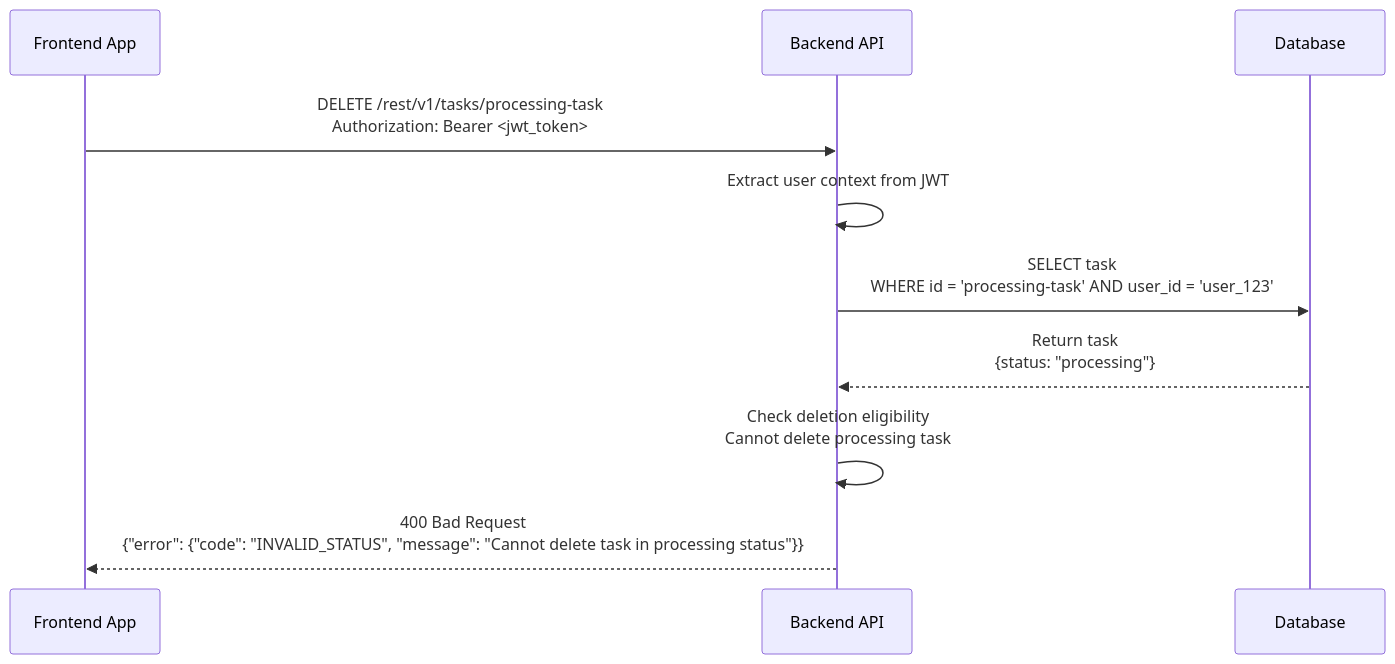
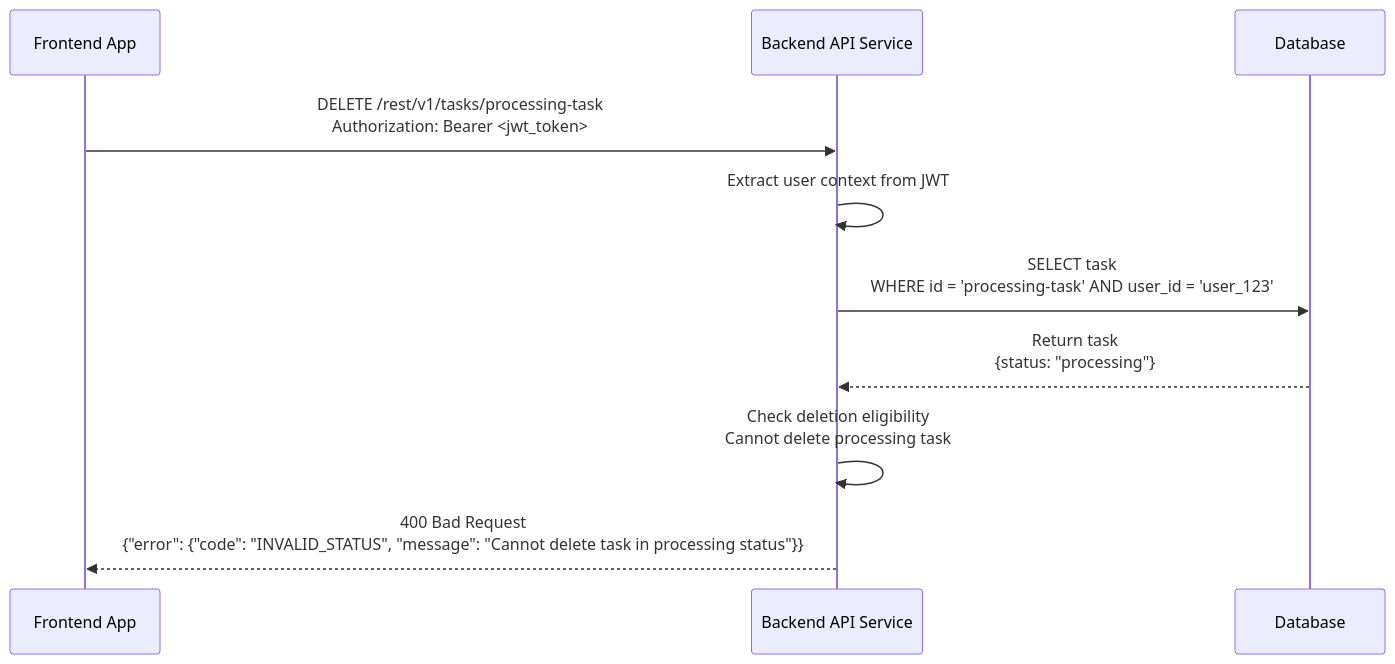
Before and after one commit to andrewhzy/cursor-learn: the tenth of 10 diagrams in docs/sequence-diagrams-api-handling.md, drawn with Mermaid. The commit also changed other lines of this file and 5 other files, not shown here.

````diff
--- a/docs/sequence-diagrams-api-handling.md
+++ b/docs/sequence-diagrams-api-handling.md
@@ -223,15 +223,15 @@
 ```mermaid
 sequenceDiagram
     participant FE as Frontend App
-    participant API as Backend API
+    participant API as Backend API Service
     participant DB as Database
     
     FE->>API: DELETE /rest/v1/tasks/processing-task<br/>Authorization: Bearer <jwt_token>
     API->>API: Extract user context from JWT
     
     API->>DB: SELECT task<br/>WHERE id = 'processing-task' AND user_id = 'user_123'
     DB-->>API: Return task<br/>{status: "processing"}
     
     API->>API: Check deletion eligibility<br/>Cannot delete processing task
     API-->>FE: 400 Bad Request<br/>{"error": {"code": "INVALID_STATUS", "message": "Cannot delete task in processing status"}}
 ```
````
